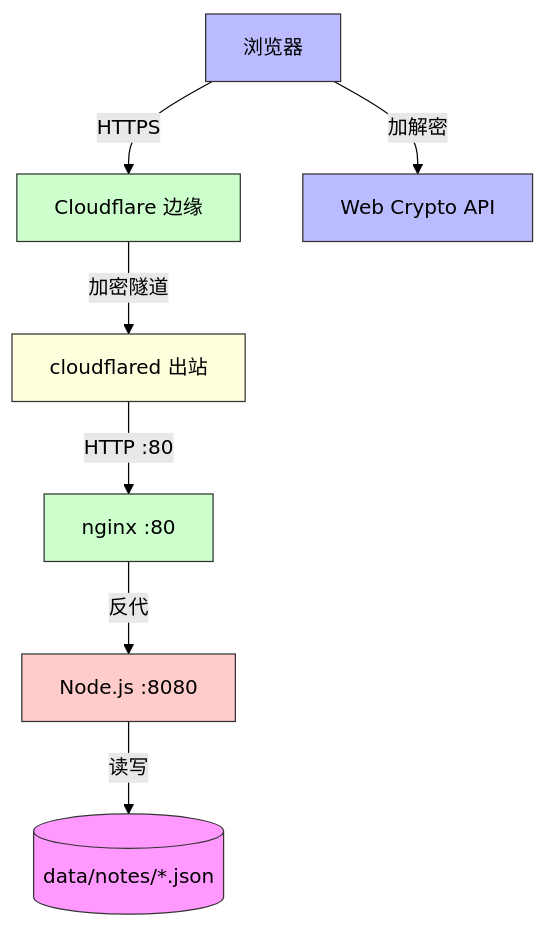
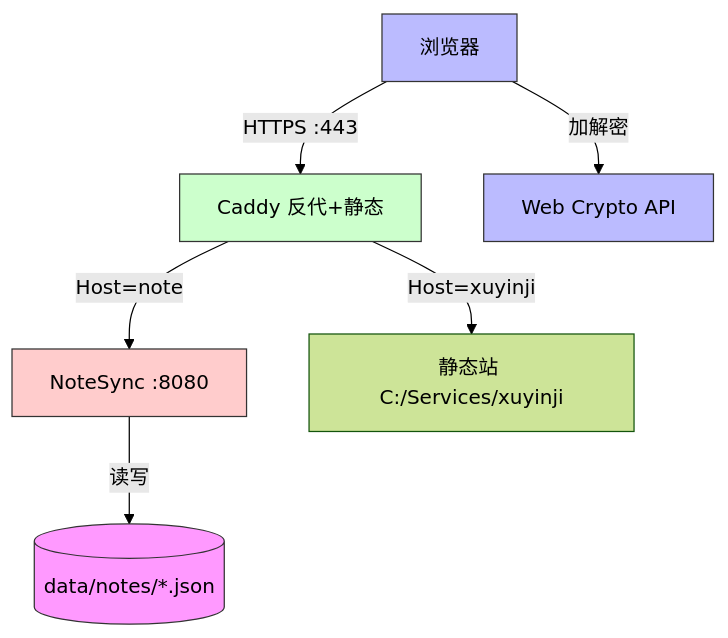
The fifth of 7 diagrams in README.md (zchening/NoteSync), drawn with Mermaid (forest theme) before and after one commit. The commit also changed other lines of this file and 1 other file, not shown here.

Commit message:
docs: 同步部署架构文档至现状（Caddy + DNSPod 直连 + 自签 HTTPS，弃用 nginx/Cloudflare Tunnel）；修正 CLAUDE.md 过时的 ICP 暂停解析表述

````diff
--- a/README.md
+++ b/README.md
@@ -187,16 +187,13 @@
 ```mermaid
 flowchart TD
-    Browser[浏览器] -->|HTTPS| CF[Cloudflare 边缘]
-    CF -->|加密隧道| Tunneld[cloudflared 出站]
-    Tunneld -->|HTTP :80| Nginx[nginx :80]
-    Nginx -->|反代| Node[Node.js :8080]
+    Browser[浏览器] -->|HTTPS :443| Caddy[Caddy 反代+静态]
+    Caddy -->|Host=note| Node[NoteSync :8080]
+    Caddy -->|Host=xuyinji| Site[静态站 C:/Services/xuyinji]
     Node -->|读写| Storage[(data/notes/*.json)]
     Browser -->|加解密| Crypto[Web Crypto API]
     style Browser fill:#bbf,stroke:#333
-    style CF fill:#cfc,stroke:#333
-    style Tunneld fill:#ffd,stroke:#333
-    style Nginx fill:#cfc,stroke:#333
+    style Caddy fill:#cfc,stroke:#333
     style Node fill:#fcc,stroke:#333
     style Storage fill:#f9f,stroke:#333
     style Crypto fill:#bbf,stroke:#333
 ```
````
